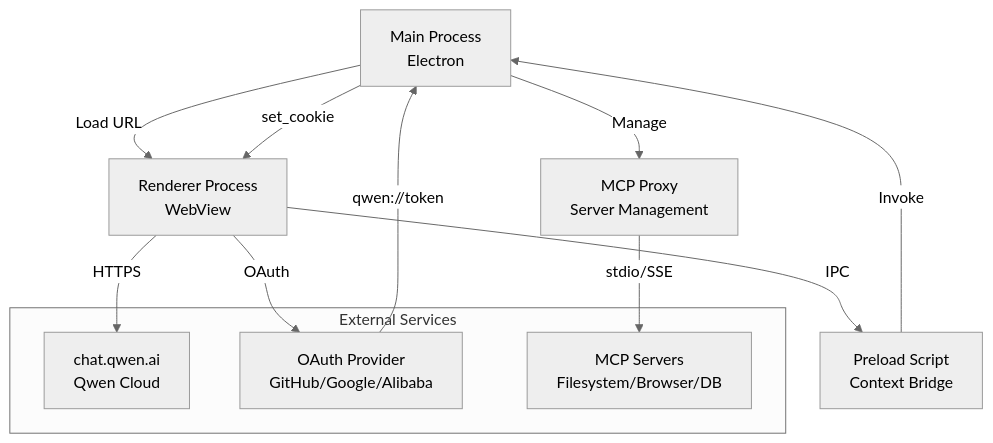
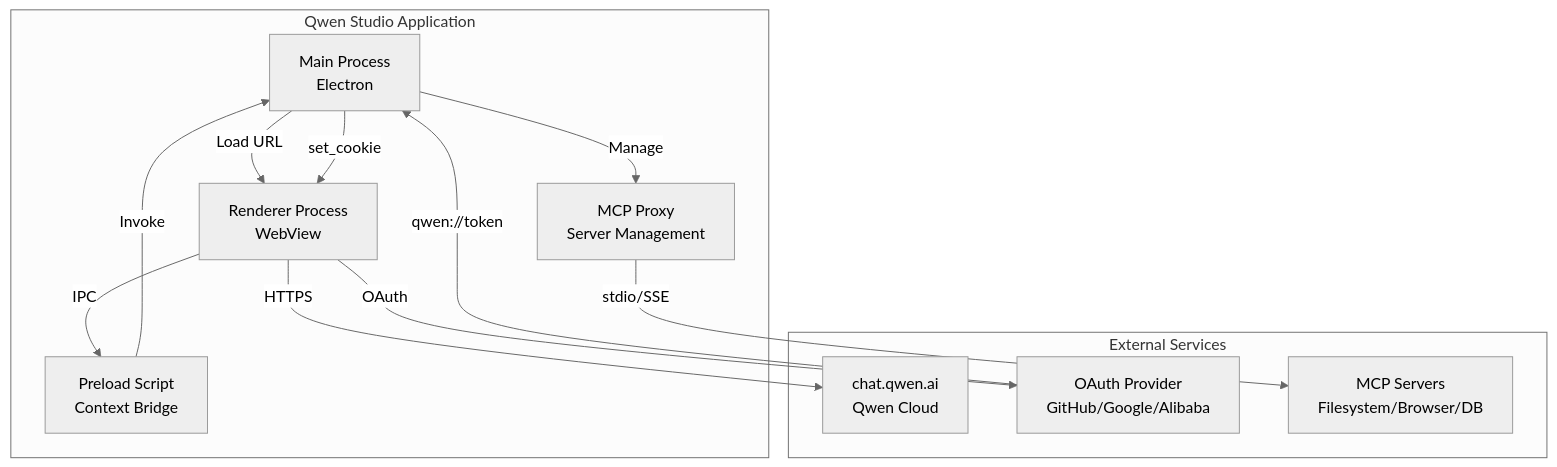
Before and after one commit to youssefvdel/qwen-studio: the first of 2 diagrams in README.md, drawn with Mermaid (neutral theme).

Commit message:
revert: restore previous architecture diagram with subgraphs

````diff
--- a/README.md
+++ b/README.md
@@ -113,19 +113,25 @@
 ```mermaid
-flowchart TD
-    A[Main Process<br/>Electron] -->|Load URL| B[Renderer Process<br/>WebView]
-    B -->|IPC| C[Preload Script<br/>Context Bridge]
-    C -->|Invoke| A
-    A -->|Manage| D[MCP Proxy<br/>Server Management]
+graph TB
+    subgraph QwenStudio["Qwen Studio Application"]
+        Main[Main Process<br/>Electron]
+        Render[Renderer Process<br/>WebView]
+        Preload[Preload Script<br/>Context Bridge]
+        MCP[MCP Proxy<br/>Server Management]
+    end
     
     subgraph External["External Services"]
-        E[chat.qwen.ai<br/>Qwen Cloud]
-        F[OAuth Provider<br/>GitHub/Google/Alibaba]
-        G[MCP Servers<br/>Filesystem/Browser/DB]
+        Qwen[chat.qwen.ai<br/>Qwen Cloud]
+        OAuth[OAuth Provider<br/>GitHub/Google/Alibaba]
+        MCPS[MCP Servers<br/>Filesystem/Browser/DB]
     end
     
-    B -->|HTTPS| E
-    B -->|OAuth| F
-    F -->|qwen://token| A
-    A -->|set_cookie| B
-    D -->|stdio/SSE| G
+    Main -->|Load URL| Render
+    Render -->|IPC| Preload
+    Preload -->|Invoke| Main
+    Main -->|Manage| MCP
+    MCP -->|stdio/SSE| MCPS
+    Render -->|HTTPS| Qwen
+    Render -->|OAuth| OAuth
+    OAuth -->|qwen://token| Main
+    Main -->|set_cookie| Render
 ```
````
